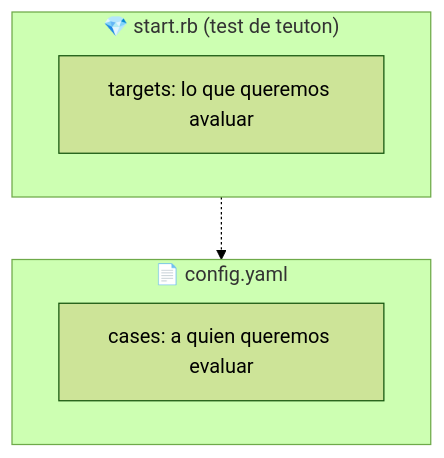
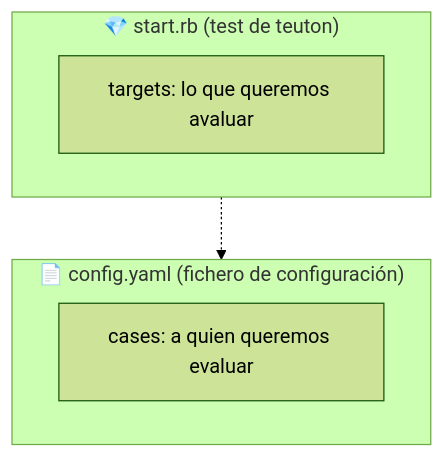
One commit to dvarrui/charlas changed the diagram in teuton/nginx/docs/index.md. Above: the diagram before and after it, drawn with Mermaid (forest theme).

Commit message:
update diagrama

````diff
--- a/teuton/nginx/docs/index.md
+++ b/teuton/nginx/docs/index.md
@@ -115,13 +115,13 @@
 ```mermaid
 graph TD
-    subgraph Archivo1 ["📄 config.yaml"]
+    subgraph Archivo1 ["📄 config.yaml (fichero de configuración)"]
         C["cases: a quien queremos evaluar"]
     end
 
     subgraph Archivo2 ["💎 start.rb (test de teuton)"]
         T["targets: lo que queremos avaluar"]
     end
 
     %% Relación opcional: el test suele leer la configuración
     Archivo2 -.-> Archivo1
 ```
````
